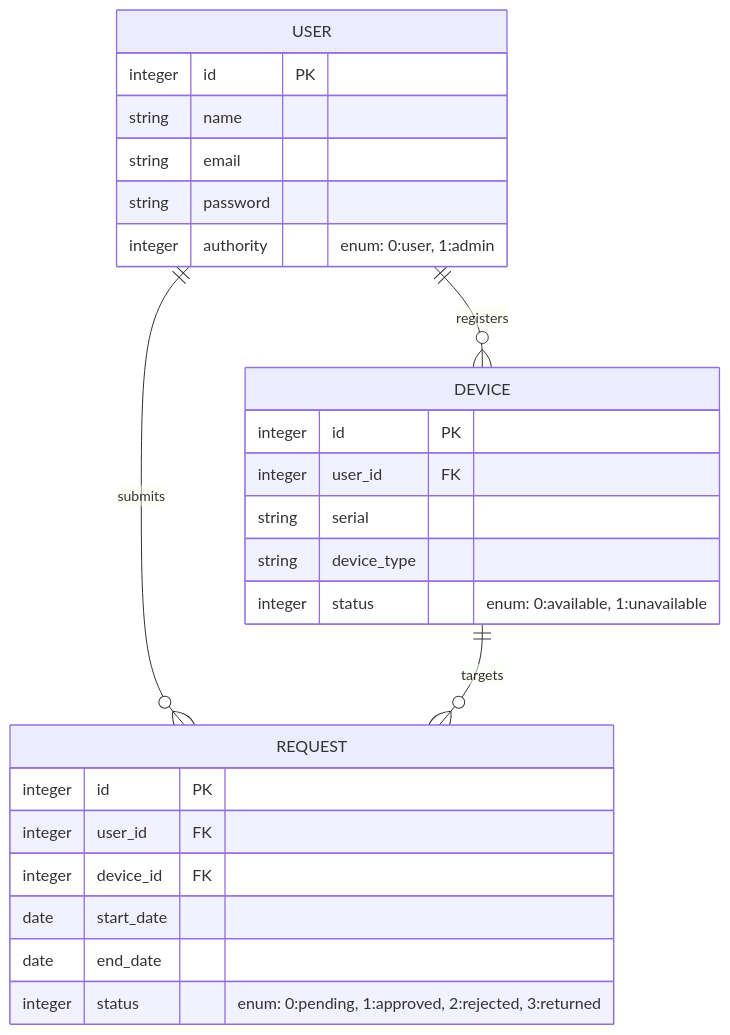
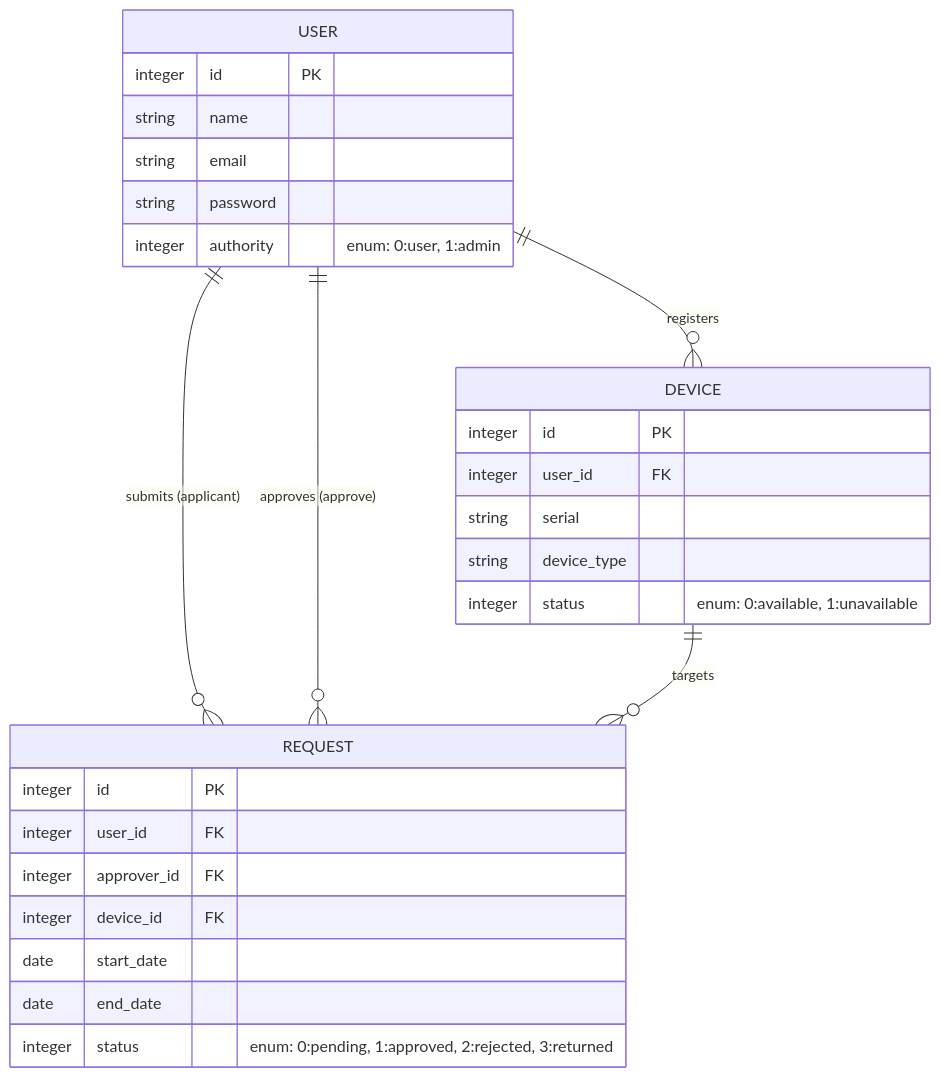
One commit to remo0619/asset_flow changed the diagram in README.md. Above: the diagram before and after it, drawn with Mermaid. The commit also changed other lines of this file, not shown here.

````diff
--- a/README.md
+++ b/README.md
@@ -6,31 +38,33 @@
 ```mermaid
 erDiagram
     USER ||--o{ DEVICE : registers
-    USER ||--o{ REQUEST : submits
+    USER ||--o{ REQUEST : "submits (applicant)"
+    USER ||--o{ REQUEST : "approves (approve)"
     DEVICE ||--o{ REQUEST : targets
 
     USER {
         integer id PK
         string name
         string email
         string password
         integer authority "enum: 0:user, 1:admin"
     }
 
     DEVICE {
         integer id PK
         integer user_id FK
         string serial
         string device_type
         integer status "enum: 0:available, 1:unavailable"
     }
 
     REQUEST{
         integer id PK
         integer user_id FK
+        integer approver_id FK
         integer device_id FK
         date start_date
         date end_date
         integer status "enum: 0:pending, 1:approved, 2:rejected, 3:returned"
     }
 ```
````
